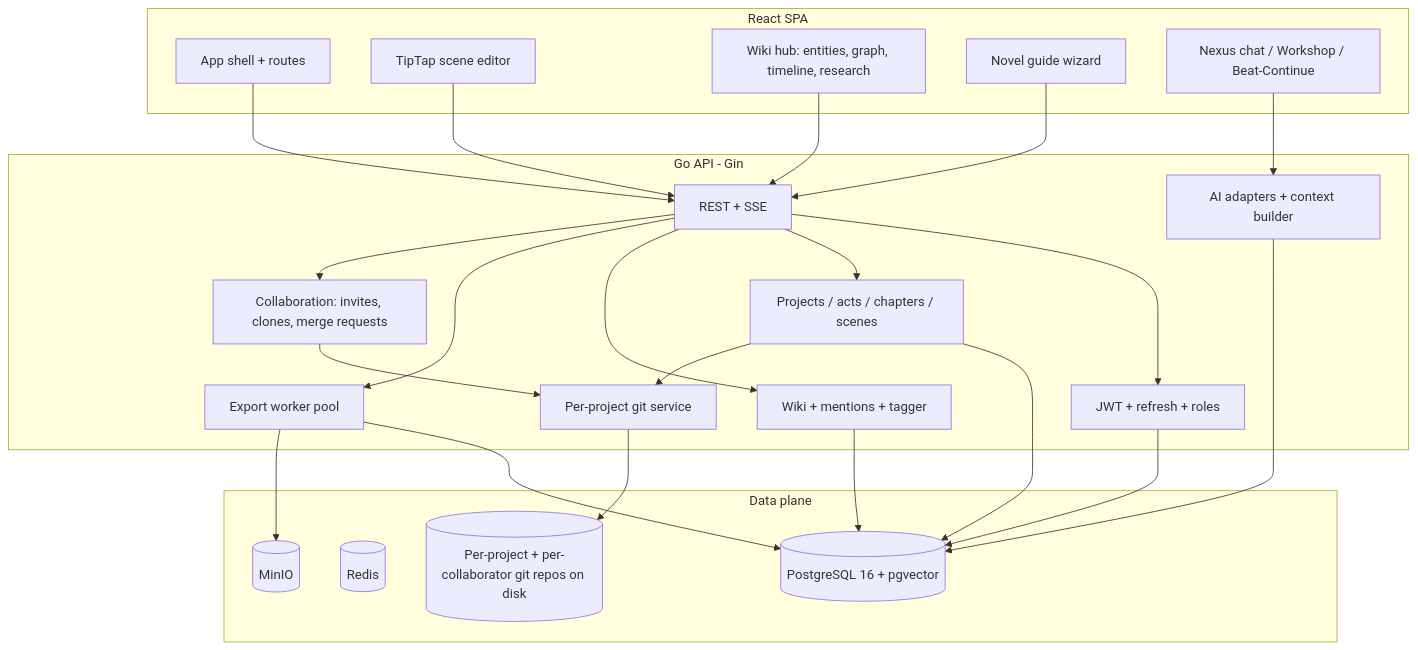
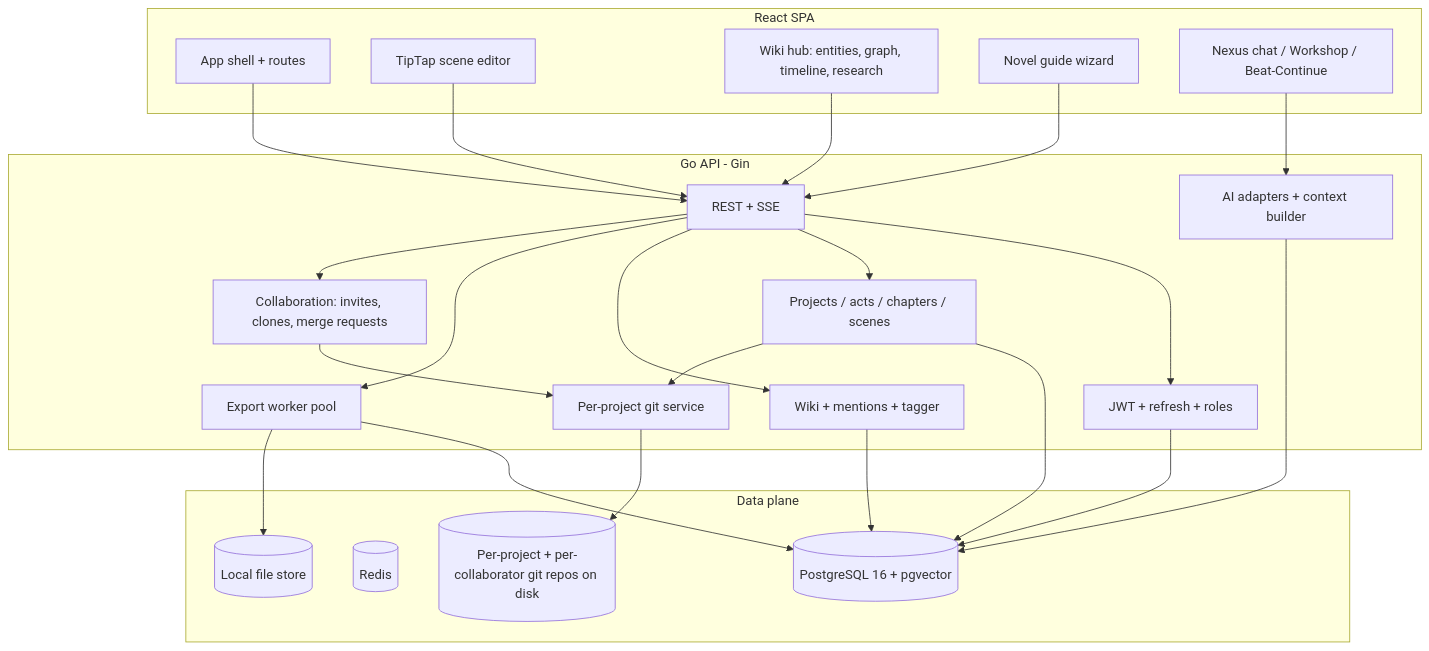
The diagram in docs/ARCHITECTURE.md (helloWorld44-89/NexusTale), drawn with Mermaid before and after one commit. The commit also changed other lines of this file and 43 other files, not shown here.

First line of the commit message:
feat: replace MinIO with local-disk file storage

````diff
--- a/docs/ARCHITECTURE.md
+++ b/docs/ARCHITECTURE.md
@@ -32,50 +32,50 @@
 ```mermaid
 flowchart TB
   subgraph client [React SPA]
     UI[App shell + routes]
     Editor[TipTap scene editor]
     WikiUI[Wiki hub: entities, graph, timeline, research]
     Guide[Novel guide wizard]
     AIPanels[Nexus chat / Workshop / Beat-Continue]
   end
 
   subgraph api [Go API - Gin]
     HTTP[REST + SSE]
     Auth[JWT + refresh + roles]
     Projects[Projects / acts / chapters / scenes]
     GitSvc[Per-project git service]
     WikiAPI[Wiki + mentions + tagger]
     Collab[Collaboration: invites, clones, merge requests]
     AIProxy[AI adapters + context builder]
     ExportJobs[Export worker pool]
   end
 
   subgraph data [Data plane]
     PG[(PostgreSQL 16 + pgvector)]
     Redis[(Redis)]
-    S3[(MinIO)]
+    Files[(Local file store)]
     GitDisk[(Per-project + per-collaborator git repos on disk)]
   end
 
   UI --> HTTP
   Editor --> HTTP
   WikiUI --> HTTP
   Guide --> HTTP
   AIPanels --> AIProxy
 
   HTTP --> Auth
   HTTP --> Projects
   HTTP --> WikiAPI
   HTTP --> ExportJobs
   HTTP --> Collab
 
   Projects --> PG
   Projects --> GitSvc
   GitSvc --> GitDisk
   Collab --> GitSvc
   WikiAPI --> PG
   AIProxy --> PG
   ExportJobs --> PG
-  ExportJobs --> S3
+  ExportJobs --> Files
   Auth --> PG
 ```
````
